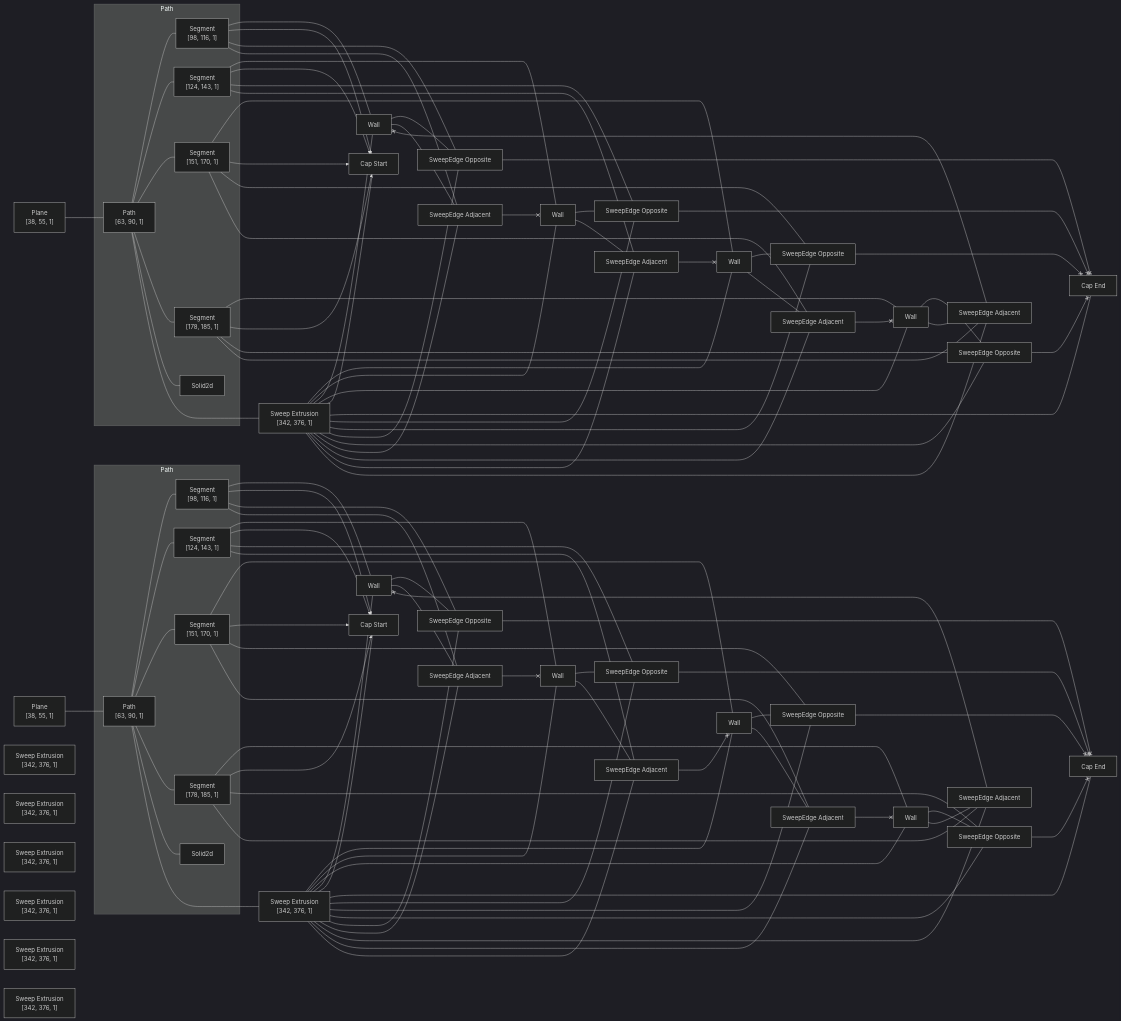
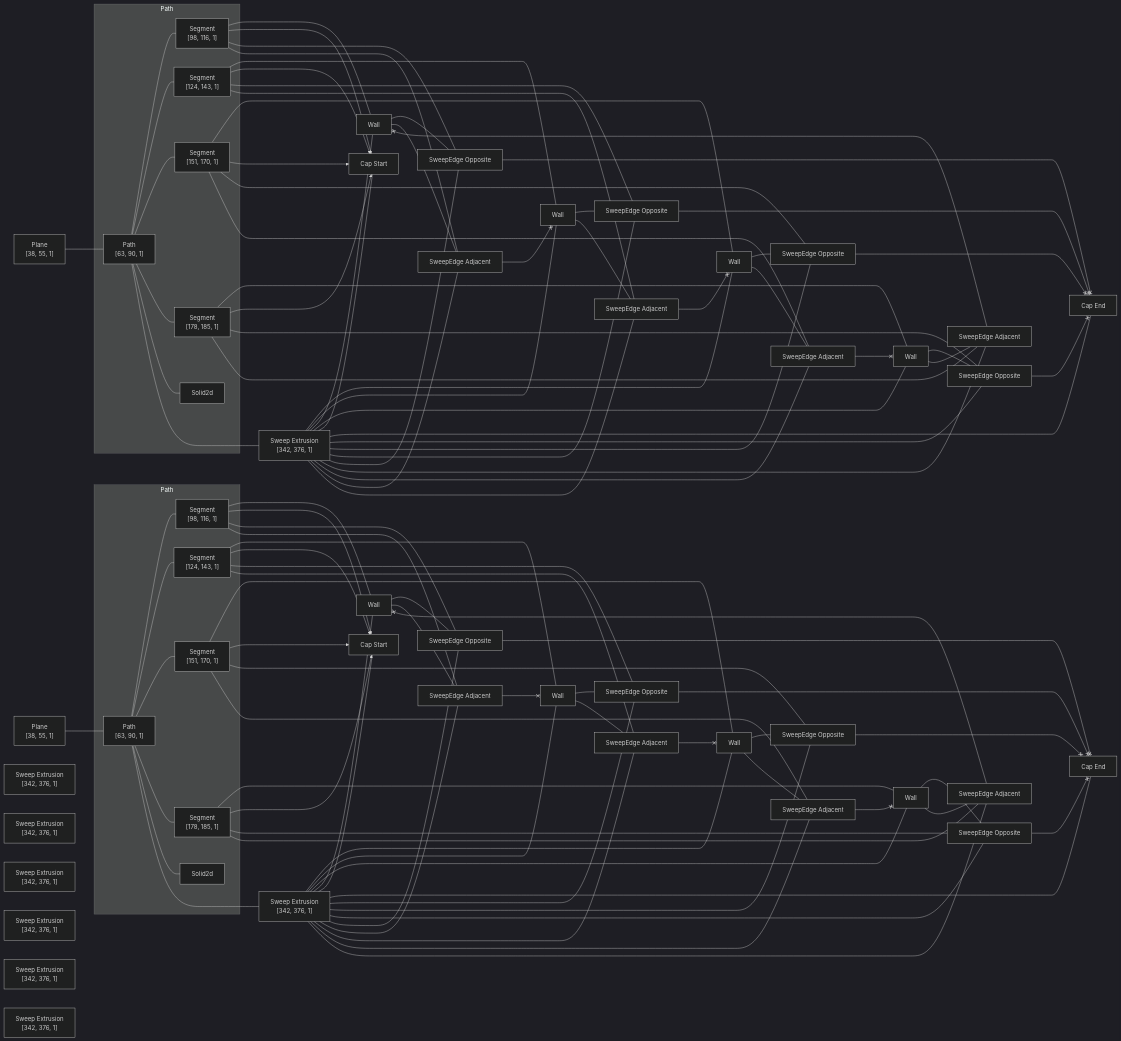
One commit to rajgandhi1/modeling-app changed the diagram in rust/kcl-lib/tests/pattern_circular_in_module/artifact_graph_flowchart.snap.md. Above: the diagram before and after it, drawn with Mermaid (dark theme). The commit also changed 110 other files, not shown here.

```diff
--- a/rust/kcl-lib/tests/pattern_circular_in_module/artifact_graph_flowchart.snap.md
+++ b/rust/kcl-lib/tests/pattern_circular_in_module/artifact_graph_flowchart.snap.md
@@ -70,20 +70,20 @@
   4 ---- 16
   5 --- 29
   5 x--> 32
-  5 --- 41
-  5 --- 47
+  5 --- 42
+  5 --- 49
   6 --- 26
   6 x--> 31
   6 --- 38
   6 --- 43
   7 --- 28
   7 x--> 32
-  7 --- 39
-  7 --- 49
+  7 --- 41
+  7 --- 50
   8 --- 24
   8 x--> 31
   8 --- 35
-  8 --- 46
+  8 --- 44
   9 --- 27
   9 x--> 32
   9 --- 40
@@ -95,11 +95,11 @@
   11 --- 25
   11 x--> 31
   11 --- 37
-  11 --- 44
+  11 --- 46
   12 --- 30
   12 x--> 32
-  12 --- 42
-  12 --- 50
+  12 --- 39
+  12 --- 47
   16 --- 23
   16 --- 24
   16 --- 25
@@ -129,29 +129,29 @@
   22 --- 49
   22 --- 50
   23 --- 36
+  44 <--x 23
   23 --- 45
-  46 <--x 23
   24 --- 35
   43 <--x 24
-  24 --- 46
+  24 --- 44
   25 --- 37
-  25 --- 44
   45 <--x 25
+  25 --- 46
   26 --- 38
   26 --- 43
-  44 <--x 26
+  46 <--x 26
   27 --- 40
   27 --- 48
-  49 <--x 27
-  28 --- 39
-  47 <--x 28
-  28 --- 49
-  29 --- 41
-  29 --- 47
-  50 <--x 29
-  30 --- 42
+  50 <--x 27
+  28 --- 41
+  49 <--x 28
+  28 --- 50
+  29 --- 42
+  47 <--x 29
+  29 --- 49
+  30 --- 39
+  30 --- 47
   48 <--x 30
-  30 --- 50
   35 <--x 33
   36 <--x 33
   37 <--x 33
```
